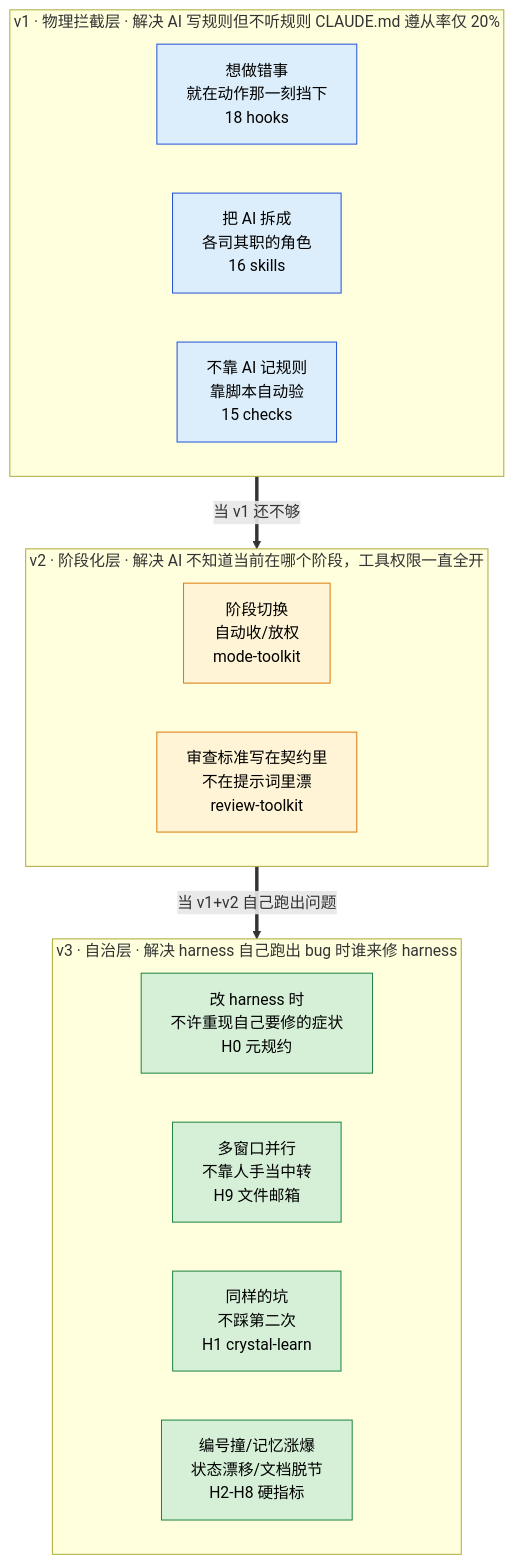
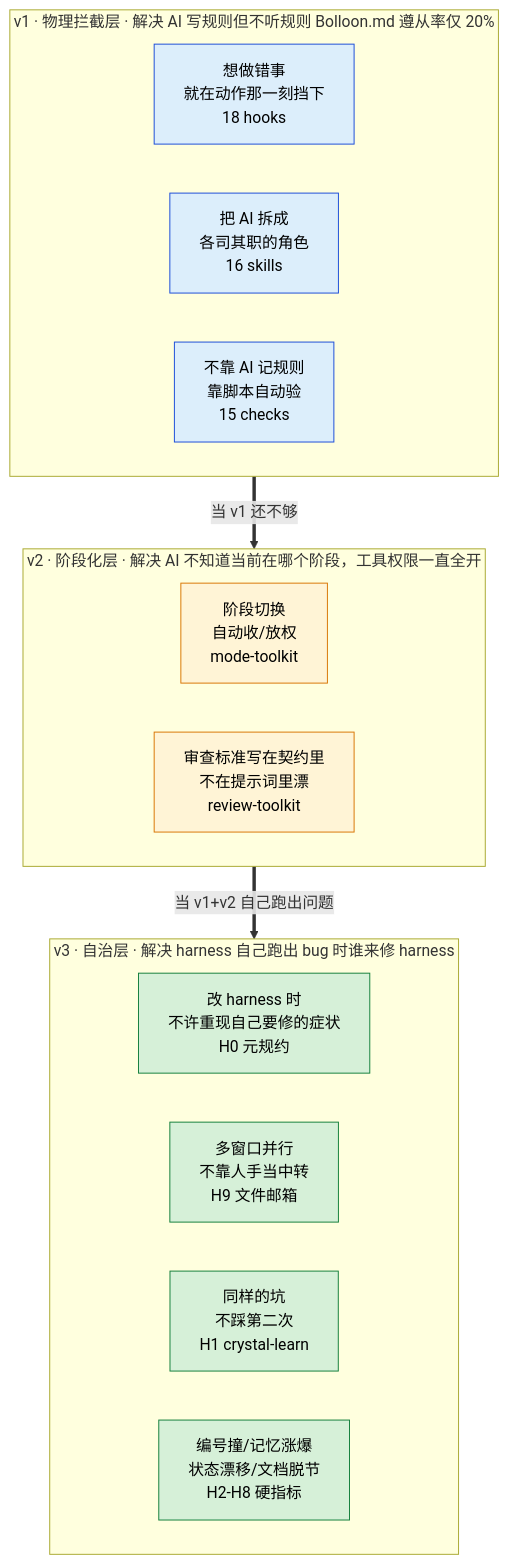
The second of 2 diagrams in src/bollharness/docs/practice.md (logos-42/bolloon), drawn with Mermaid before and after one commit. The commit also changed other lines of this file and 50 other files, not shown here.

Commit message:
refactor: 将 CLAUDE.md 重命名为 Bolloon.md

````diff
--- a/src/bollharness/docs/practice.md
+++ b/src/bollharness/docs/practice.md
@@ -38,26 +38,26 @@
 ```mermaid
 flowchart TB
     subgraph V3[v3 · 自治层 · 解决 harness 自己跑出 bug 时谁来修 harness]
         H0[改 harness 时<br/>不许重现自己要修的症状<br/>H0 元规约]
         H9[多窗口并行<br/>不靠人手当中转<br/>H9 文件邮箱]
         H1[同样的坑<br/>不踩第二次<br/>H1 crystal-learn]
         Hx[编号撞/记忆涨爆<br/>状态漂移/文档脱节<br/>H2-H8 硬指标]
     end
     subgraph V2[v2 · 阶段化层 · 解决 AI 不知道当前在哪个阶段，工具权限一直全开]
         Mode[阶段切换<br/>自动收/放权<br/>mode-toolkit]
         Review[审查标准写在契约里<br/>不在提示词里漂<br/>review-toolkit]
     end
-    subgraph V1[v1 · 物理拦截层 · 解决 AI 写规则但不听规则 CLAUDE.md 遵从率仅 20%]
+    subgraph V1[v1 · 物理拦截层 · 解决 AI 写规则但不听规则 Bolloon.md 遵从率仅 20%]
         Hooks[想做错事<br/>就在动作那一刻挡下<br/>18 hooks]
         Skills[把 AI 拆成<br/>各司其职的角色<br/>16 skills]
         Checks[不靠 AI 记规则<br/>靠脚本自动验<br/>15 checks]
     end
     V1 ==当 v1 还不够==> V2 ==当 v1+v2 自己跑出问题==> V3
 
     classDef v1 fill:#dceefb,stroke:#1d4ed8,color:#000
     classDef v2 fill:#fff4d6,stroke:#d97706,color:#000
     classDef v3 fill:#d6f0d8,stroke:#15803d,color:#000
     class Hooks,Skills,Checks v1
     class Mode,Review v2
     class H0,H9,H1,Hx v3
 ```
````
